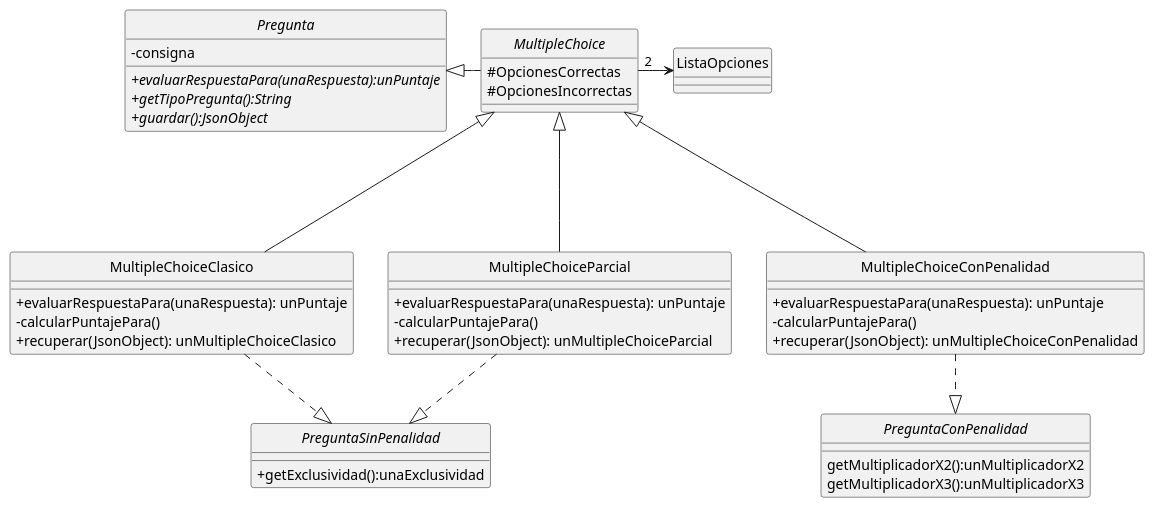
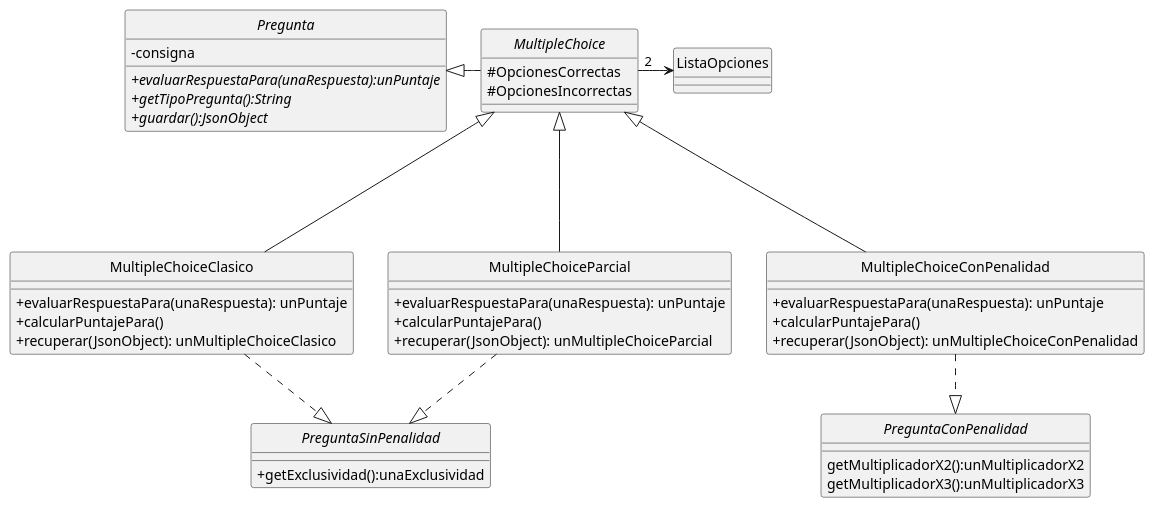
One commit to Tomymanoukian/AyPIII_TP2 changed the diagram in Diagramas/DDC-MultipleChoice.puml. Above: the diagram before and after it, drawn with PlantUML.

Commit message:
Hago el diagrama

```diff
--- a/Diagramas/DDC-MultipleChoice.puml
+++ b/Diagramas/DDC-MultipleChoice.puml
@@ -1,58 +1,58 @@
 @startuml
 
 skinparam classAttributeIconSize 0
 skinparam shadowing false
 hide circle
 
 abstract class Pregunta {
     -consigna
     {abstract}+evaluarRespuestaPara(unaRespuesta):unPuntaje
     {abstract}+getTipoPregunta():String
     {abstract}+guardar():JsonObject
 }
 
 class MultipleChoiceClasico {
     +evaluarRespuestaPara(unaRespuesta): unPuntaje
-    -calcularPuntajePara()
+    +calcularPuntajePara()
     +recuperar(JsonObject): unMultipleChoiceClasico
 }
 
 class MultipleChoiceParcial {
     +evaluarRespuestaPara(unaRespuesta): unPuntaje
-    -calcularPuntajePara()
+    +calcularPuntajePara()
     +recuperar(JsonObject): unMultipleChoiceParcial
 }
 
 class MultipleChoiceConPenalidad {
     +evaluarRespuestaPara(unaRespuesta): unPuntaje
-    -calcularPuntajePara()
+    +calcularPuntajePara()
     +recuperar(JsonObject): unMultipleChoiceConPenalidad
 }
 
 abstract class MultipleChoice {
     #OpcionesCorrectas
     #OpcionesIncorrectas
 }
 
 interface PreguntaSinPenalidad {
     +getExclusividad():unaExclusividad
 }
 
 interface PreguntaConPenalidad {
     getMultiplicadorX2():unMultiplicadorX2
     getMultiplicadorX3():unMultiplicadorX3
 }
 
 Pregunta<|- MultipleChoice
 
 MultipleChoice <|--- MultipleChoiceClasico
 MultipleChoice <|--- MultipleChoiceParcial
 MultipleChoice <|--- MultipleChoiceConPenalidad
 
 MultipleChoice -> "2    " ListaOpciones
 
 MultipleChoiceClasico ..|> PreguntaSinPenalidad
 MultipleChoiceParcial ..|> PreguntaSinPenalidad
 MultipleChoiceConPenalidad ..|> PreguntaConPenalidad
 
 @enduml
```
